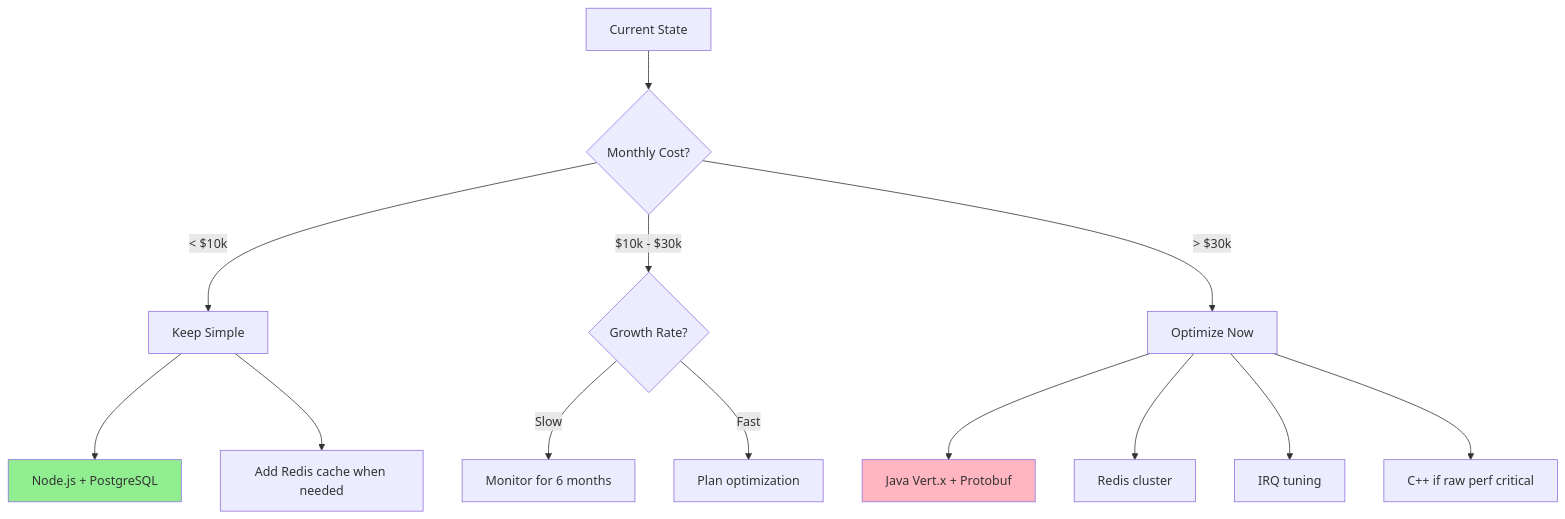
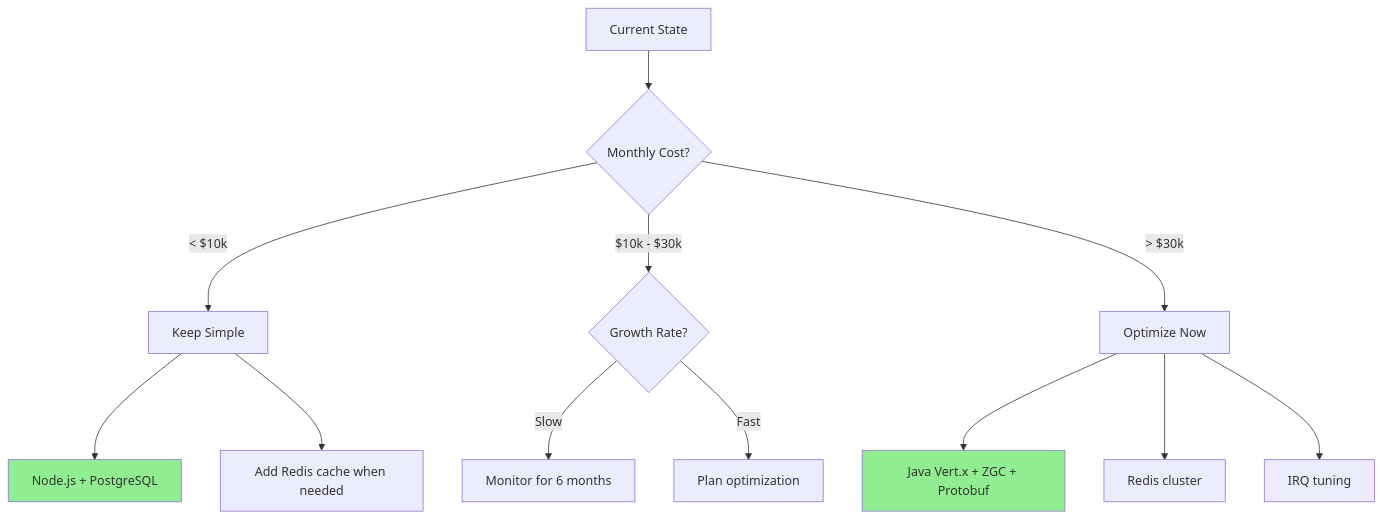
Before and after one commit to rsrini7/Learnings: the fifth of 5 diagrams in Architecture/Scaling-1M-RPS-Java.md, drawn with Mermaid. The commit also changed other lines of this file, not shown here.

First line of the commit message:
docs: update architecture blueprint with verified benchmarks and corrections

````diff
--- a/Architecture/Scaling-1M-RPS-Java.md
+++ b/Architecture/Scaling-1M-RPS-Java.md
@@ -1197,22 +1214,21 @@
 ```mermaid
 graph TD
     A[Current State] --> B{Monthly Cost?}
     
     B -->|< $10k| C[Keep Simple]
     B -->|$10k - $30k| D{Growth Rate?}
     B -->|> $30k| E[Optimize Now]
     
     C --> C1[Node.js + PostgreSQL]
     C --> C2[Add Redis cache when needed]
     
     D -->|Slow| D1[Monitor for 6 months]
     D -->|Fast| D2[Plan optimization]
     
-    E --> E1[Java Vert.x + Protobuf]
+    E --> E1[Java Vert.x + ZGC + Protobuf]
     E --> E2[Redis cluster]
     E --> E3[IRQ tuning]
-    E --> E4[C++ if raw perf critical]
     
     style C1 fill:#90EE90
-    style E1 fill:#FFB6C1
+    style E1 fill:#90EE90
 ```
````
